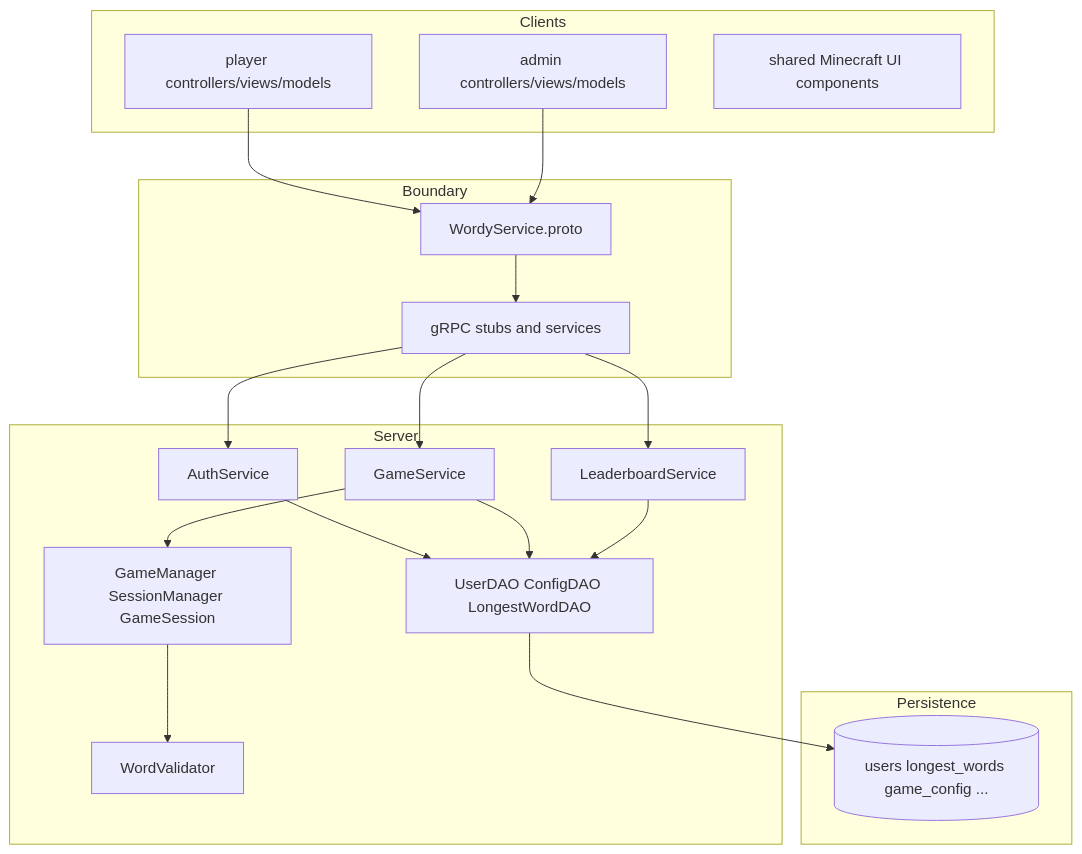
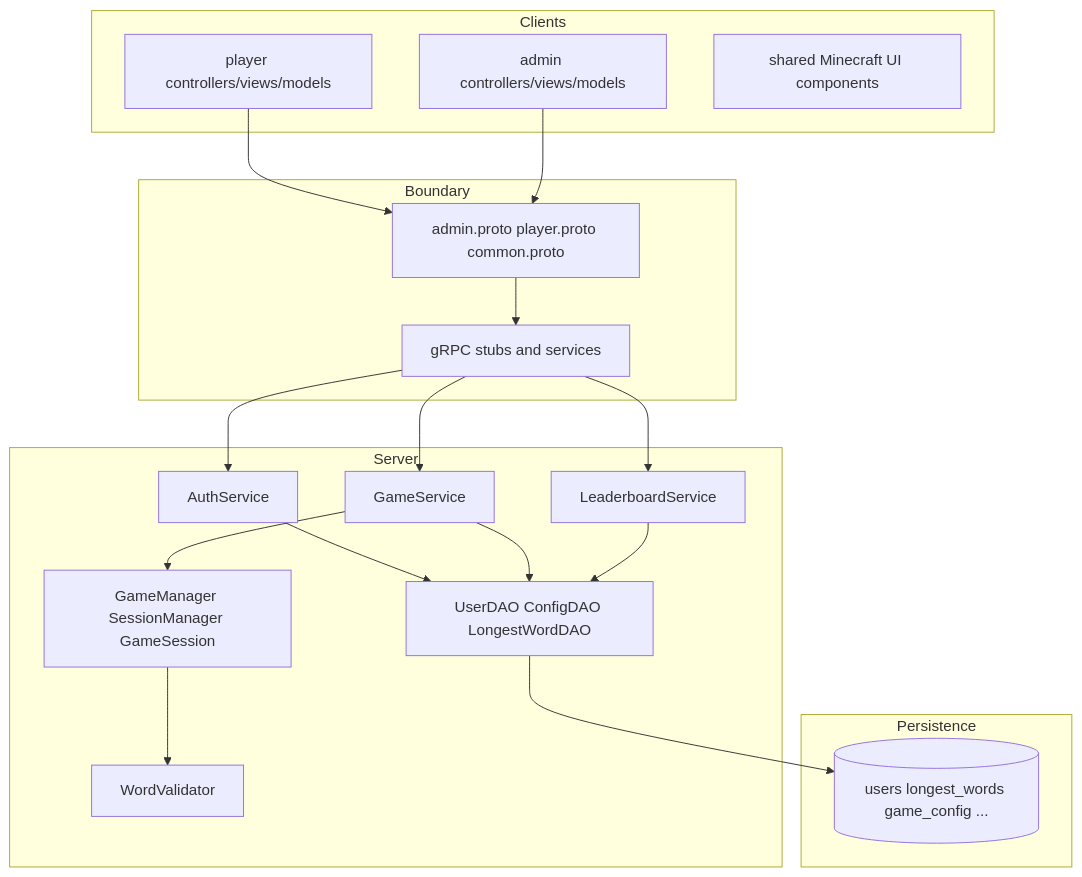
Before and after one commit to YuriHa-op/Wordy: the third of 11 diagrams in REPOSITORY_DEEP_DIVE.md, drawn with Mermaid. The commit also changed other lines of this file and 42 other files, not shown here.

````diff
--- a/REPOSITORY_DEEP_DIVE.md
+++ b/REPOSITORY_DEEP_DIVE.md
@@ -122,39 +124,39 @@
 ```mermaid
 flowchart TD
     subgraph Clients
         P1[player controllers/views/models]
         A1[admin controllers/views/models]
         UI[shared Minecraft UI components]
     end
 
     subgraph Boundary
-        Proto[WordyService.proto]
+        Proto[admin.proto player.proto common.proto]
         gRPC[gRPC stubs and services]
     end
 
     subgraph Server
         S1[AuthService]
         S2[GameService]
         S3[LeaderboardService]
         Core[GameManager SessionManager GameSession]
         Data[WordValidator]
         DAO[UserDAO ConfigDAO LongestWordDAO]
     end
 
     subgraph Persistence
         SQL[(users longest_words game_config ...)]
     end
 
     P1 --> Proto
     A1 --> Proto
     Proto --> gRPC
     gRPC --> S1
     gRPC --> S2
     gRPC --> S3
     S2 --> Core
     Core --> Data
     S1 --> DAO
     S2 --> DAO
     S3 --> DAO
     DAO --> SQL
 ```
````
